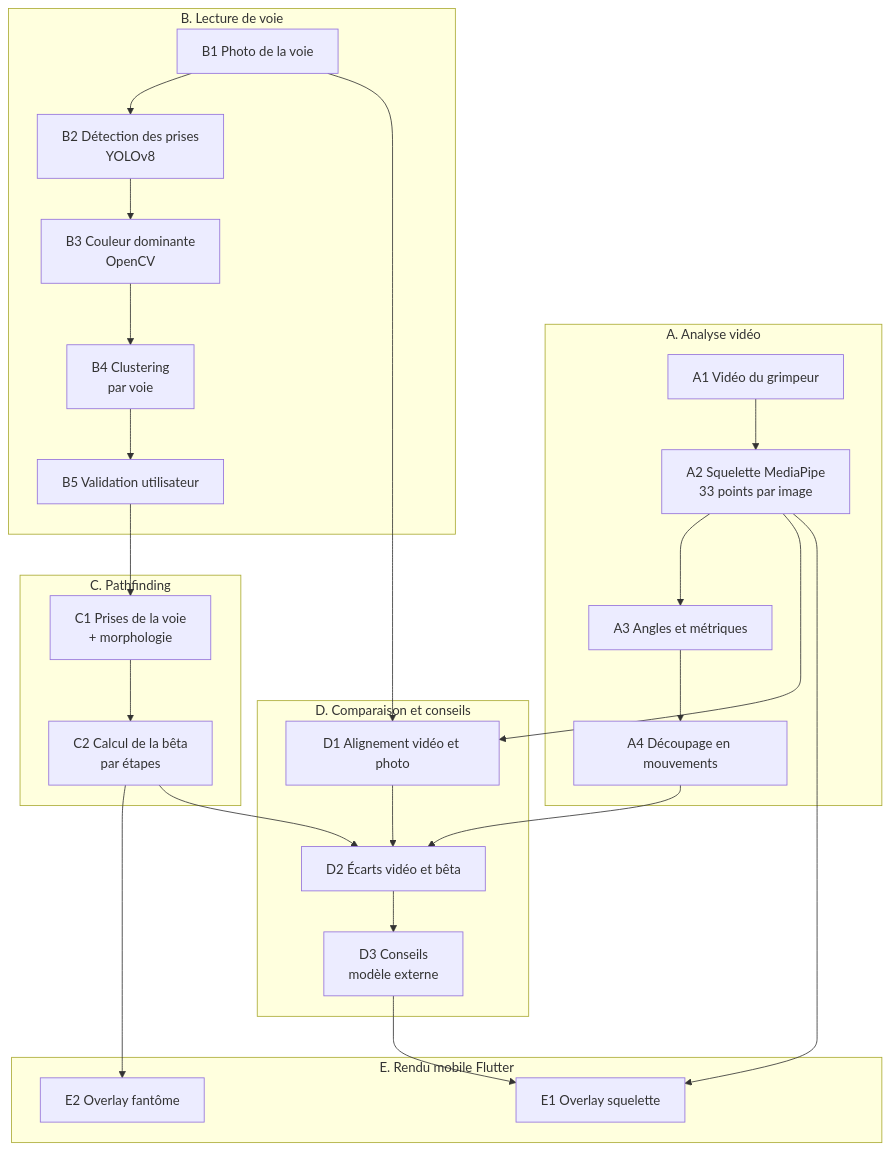
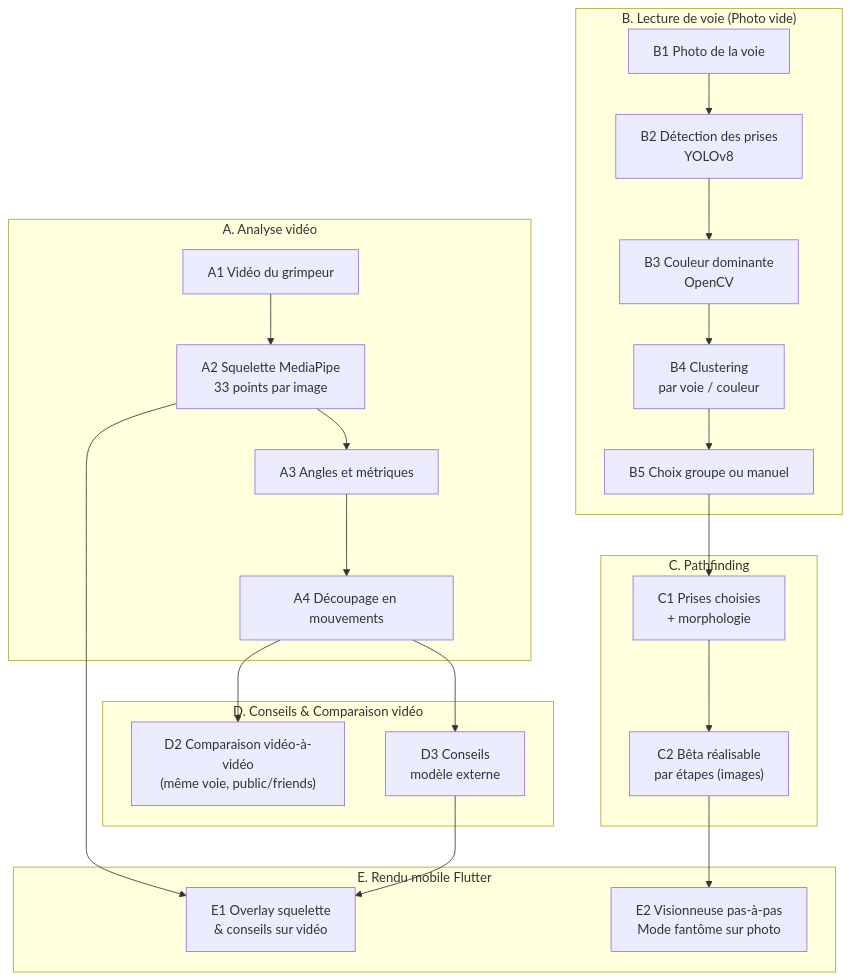
Before and after one commit to Ascension-EIP/Ascension: the first of 2 diagrams in docs/Ascension/developer/apps/ai/pipeline-2d-decomposition.md, drawn with Mermaid. The commit also changed other lines of this file and 23 other files, not shown here.

First line of the commit message:
docs(Ascension): update project scope and roadmap documentation

````diff
--- a/docs/Ascension/developer/apps/ai/pipeline-2d-decomposition.md
+++ b/docs/Ascension/developer/apps/ai/pipeline-2d-decomposition.md
@@ -37,38 +37,36 @@
 ```mermaid
 flowchart TD
     subgraph A ["A. Analyse vidéo"]
         A1["A1 Vidéo du grimpeur"] --> A2["A2 Squelette MediaPipe\n33 points par image"]
         A2 --> A3["A3 Angles et métriques"]
         A3 --> A4["A4 Découpage en mouvements"]
     end
 
-    subgraph B ["B. Lecture de voie"]
+    subgraph D ["D. Conseils & Comparaison vidéo"]
+        D2["D2 Comparaison vidéo-à-vidéo\n(même voie, public/friends)"]
+        D3["D3 Conseils\nmodèle externe"]
+    end
+
+    subgraph B ["B. Lecture de voie (Photo vide)"]
         B1["B1 Photo de la voie"] --> B2["B2 Détection des prises\nYOLOv8"]
         B2 --> B3["B3 Couleur dominante\nOpenCV"]
-        B3 --> B4["B4 Clustering\npar voie"]
-        B4 --> B5["B5 Validation utilisateur"]
+        B3 --> B4["B4 Clustering\npar voie / couleur"]
+        B4 --> B5["B5 Choix groupe ou manuel"]
     end
 
     subgraph C ["C. Pathfinding"]
-        C1["C1 Prises de la voie\n+ morphologie"] --> C2["C2 Calcul de la bêta\npar étapes"]
-    end
-
-    subgraph D ["D. Comparaison et conseils"]
-        D1["D1 Alignement vidéo et photo"] --> D2["D2 Écarts vidéo et bêta"]
-        D2 --> D3["D3 Conseils\nmodèle externe"]
+        C1["C1 Prises choisies\n+ morphologie"] --> C2["C2 Bêta réalisable\npar étapes (images)"]
     end
 
     subgraph E ["E. Rendu mobile Flutter"]
-        E1["E1 Overlay squelette"]
-        E2["E2 Overlay fantôme"]
+        E1["E1 Overlay squelette\n& conseils sur vidéo"]
+        E2["E2 Visionneuse pas-à-pas\nMode fantôme sur photo"]
     end
 
+    A4 --> D3
+    A4 --> D2
+    A2 --> E1
+    D3 --> E1
     B5 --> C1
     C2 --> E2
-    C2 --> D2
-    A4 --> D2
-    A2 --> D1
-    B1 --> D1
-    A2 --> E1
-    D3 --> E1
 ```
````
